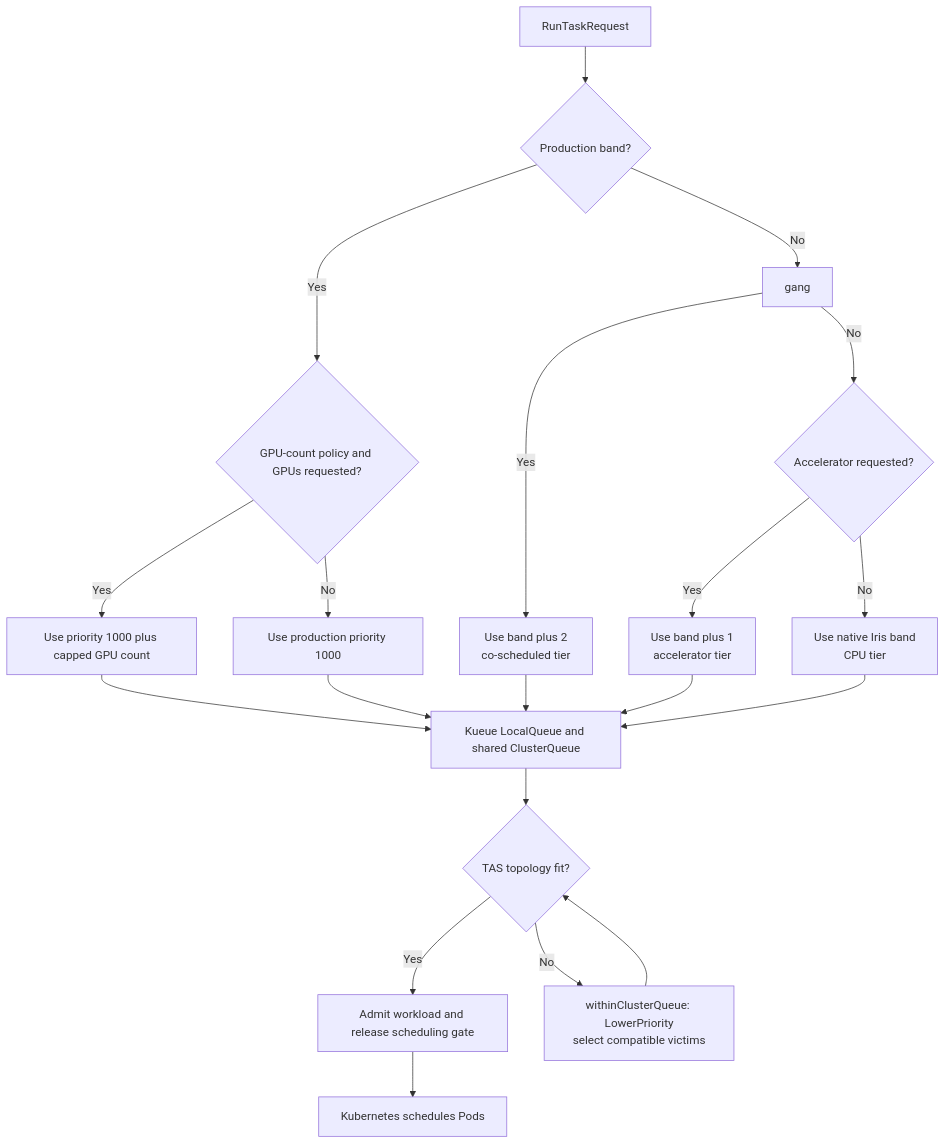
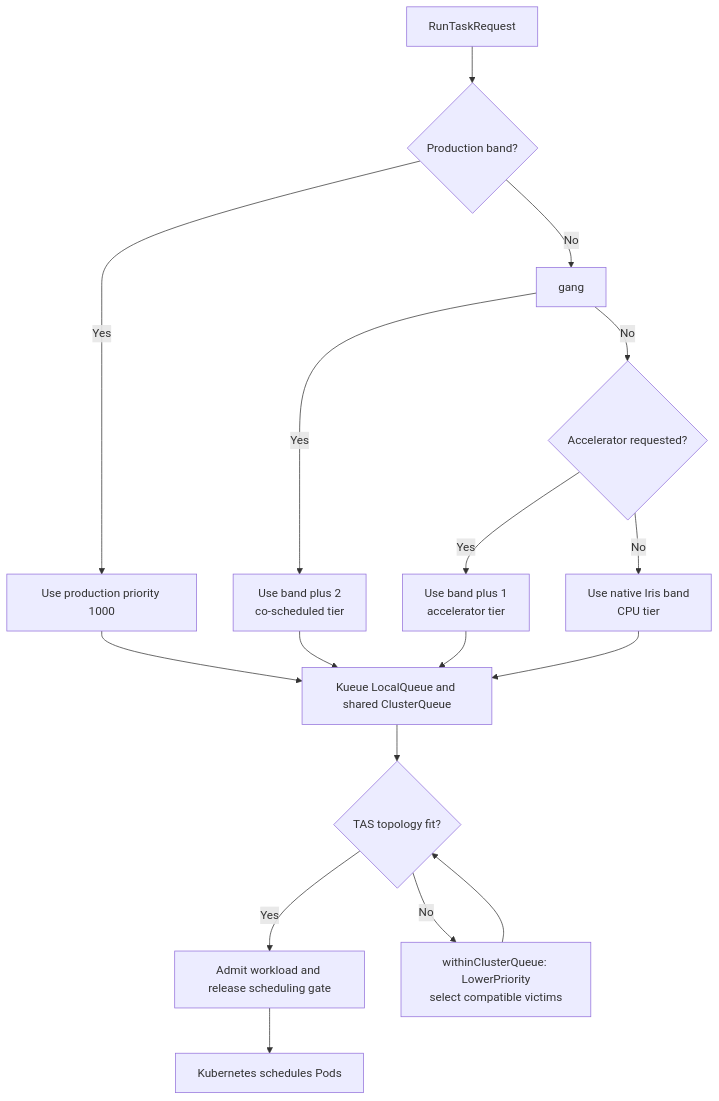
The diagram in lib/iris/docs/coreweave.md (marin-community/marin), drawn with Mermaid before and after one commit. The commit also changed other lines of this file and 36 other files, not shown here.

````diff
--- a/lib/iris/docs/coreweave.md
+++ b/lib/iris/docs/coreweave.md
@@ -199,22 +192,19 @@
 ```mermaid
 flowchart TD
     request[RunTaskRequest] --> production{Production band?}
-    production -- Yes --> gpuPolicy{GPU-count policy and GPUs requested?}
-    gpuPolicy -- Yes --> weighted[Use priority 1000 plus capped GPU count]
-    gpuPolicy -- No --> prod[Use production priority 1000]
+    production -- Yes --> prod[Use production priority 1000]
     production -- No --> gang
     gang -- Yes --> native[Use band plus 2<br/>co-scheduled tier]
     gang -- No --> accelerator{Accelerator requested?}
     accelerator -- Yes --> gpu[Use band plus 1<br/>accelerator tier]
     accelerator -- No --> cpu[Use native Iris band<br/>CPU tier]
-    weighted --> queue[Kueue LocalQueue and shared ClusterQueue]
     prod --> queue[Kueue LocalQueue and shared ClusterQueue]
     native --> queue[Kueue LocalQueue and shared ClusterQueue]
     gpu --> queue
     cpu --> queue
     queue --> fit{TAS topology fit?}
     fit -- Yes --> admit[Admit workload and release scheduling gate]
     fit -- No --> preempt[withinClusterQueue: LowerPriority<br/>select compatible victims]
     preempt --> fit
     admit --> schedule[Kubernetes schedules Pods]
 ```
````
